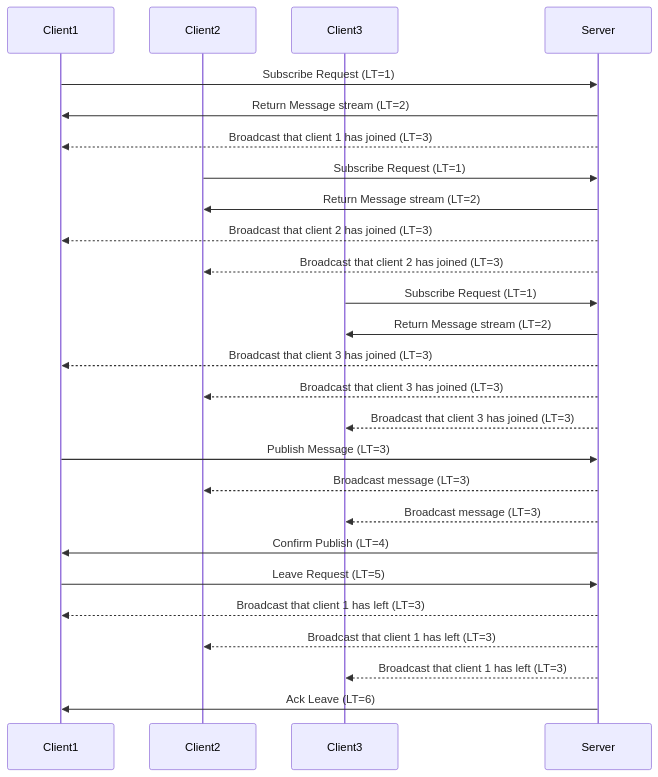
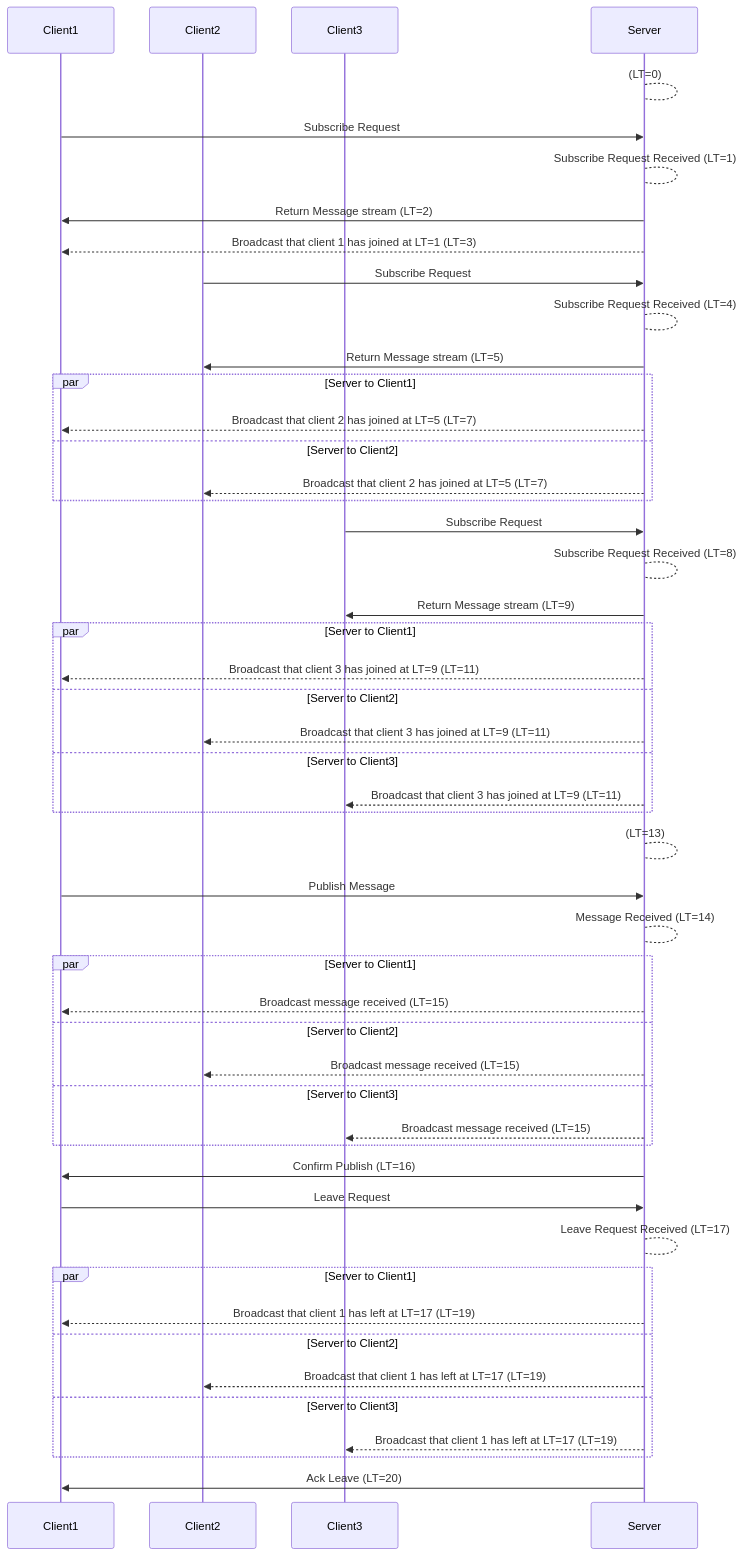
One commit to Joha6210/DistributedSystems-Handin3 changed the diagram in readme.md. Above: the diagram before and after it, drawn with Mermaid. The commit also changed other lines of this file, not shown here.

Commit message:
Rapport continued

````diff
--- a/readme.md
+++ b/readme.md
@@ -76,28 +67,51 @@
 ```mermaid
 sequenceDiagram
     participant Client1
     participant Client2
     participant Client3
     participant Server
-    Client1->>Server: Subscribe Request (LT=1)
+    Server-->Server: (LT=0)
+    Client1->>Server: Subscribe Request
+    Server-->Server: Subscribe Request Received (LT=1)
     Server->>Client1: Return Message stream (LT=2)
-    Server-->>Client1: Broadcast that client 1 has joined (LT=3)
-    Client2->>Server: Subscribe Request (LT=1)
-    Server->>Client2: Return Message stream (LT=2)
-    Server-->>Client1: Broadcast that client 2 has joined (LT=3)
-    Server-->>Client2: Broadcast that client 2 has joined (LT=3)
-    Client3->>Server: Subscribe Request (LT=1)
-    Server->>Client3: Return Message stream (LT=2)
-    Server-->>Client1: Broadcast that client 3 has joined (LT=3)
-    Server-->>Client2: Broadcast that client 3 has joined (LT=3)
-    Server-->>Client3: Broadcast that client 3 has joined (LT=3)
-    Client1->>Server: Publish Message (LT=3)
-    Server-->>Client2: Broadcast message  (LT=3)
-    Server-->>Client3: Broadcast message (LT=3)
-    Server->>Client1: Confirm Publish (LT=4)
-    Client1->>Server: Leave Request (LT=5)
-    Server-->>Client1: Broadcast that client 1 has left (LT=3)
-    Server-->>Client2: Broadcast that client 1 has left (LT=3)
-    Server-->>Client3: Broadcast that client 1 has left (LT=3)
-    Server->>Client1: Ack Leave (LT=6)
+    Server-->>Client1: Broadcast that client 1 has joined at LT=1 (LT=3)
+    Client2->>Server: Subscribe Request
+    Server-->Server: Subscribe Request Received (LT=4)
+    Server->>Client2: Return Message stream (LT=5)
+    par Server to Client1
+        Server-->>Client1: Broadcast that client 2 has joined at LT=5 (LT=7)
+    and Server to Client2
+        Server-->>Client2: Broadcast that client 2 has joined at LT=5 (LT=7)
+    end
+    Client3->>Server: Subscribe Request
+    Server-->Server: Subscribe Request Received (LT=8)
+    Server->>Client3: Return Message stream (LT=9)
+    par Server to Client1
+        Server-->>Client1: Broadcast that client 3 has joined at LT=9 (LT=11)
+    and Server to Client2
+        Server-->>Client2: Broadcast that client 3 has joined at LT=9 (LT=11)
+    and Server to Client3
+        Server-->>Client3: Broadcast that client 3 has joined at LT=9 (LT=11)
+    end
+    Server-->Server: (LT=13)
+    Client1->>Server: Publish Message
+    Server-->Server: Message Received (LT=14)
+    par Server to Client1
+        Server-->>Client1: Broadcast message received (LT=15)
+    and Server to Client2
+        Server-->>Client2: Broadcast message received (LT=15)
+    and Server to Client3
+        Server-->>Client3: Broadcast message received (LT=15)
+    end
+    Server->>Client1: Confirm Publish (LT=16)
+    Client1->>Server: Leave Request
+    Server-->Server: Leave Request Received (LT=17)
+    par Server to Client1
+        Server-->>Client1: Broadcast that client 1 has left at LT=17 (LT=19)
+    and Server to Client2
+        Server-->>Client2:  Broadcast that client 1 has left at LT=17 (LT=19)
+    and Server to Client3
+        Server-->>Client3:  Broadcast that client 1 has left at LT=17 (LT=19)
+    end
+    Server->>Client1: Ack Leave (LT=20)
 ```
````
